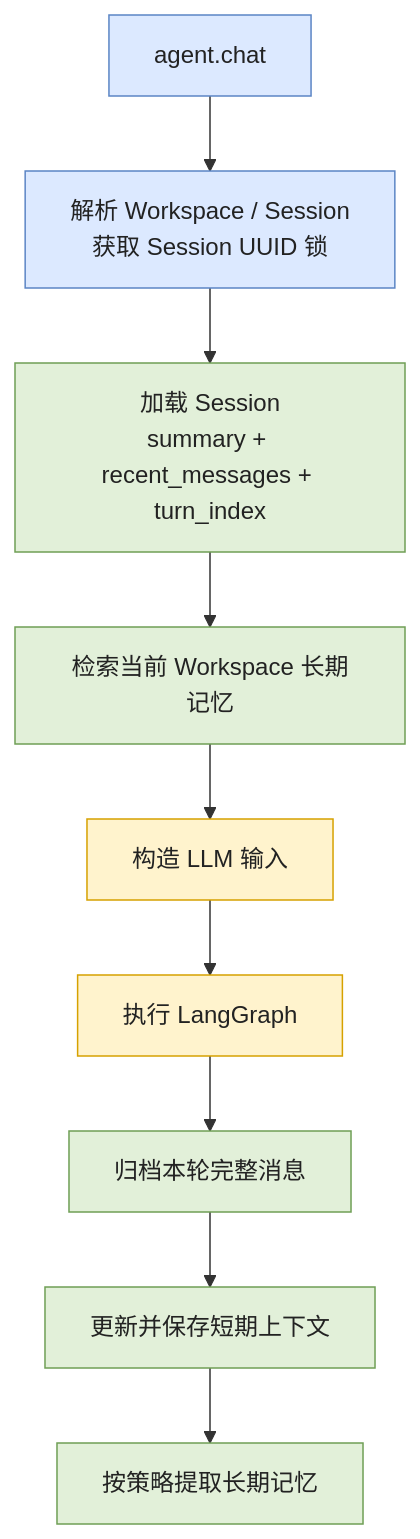
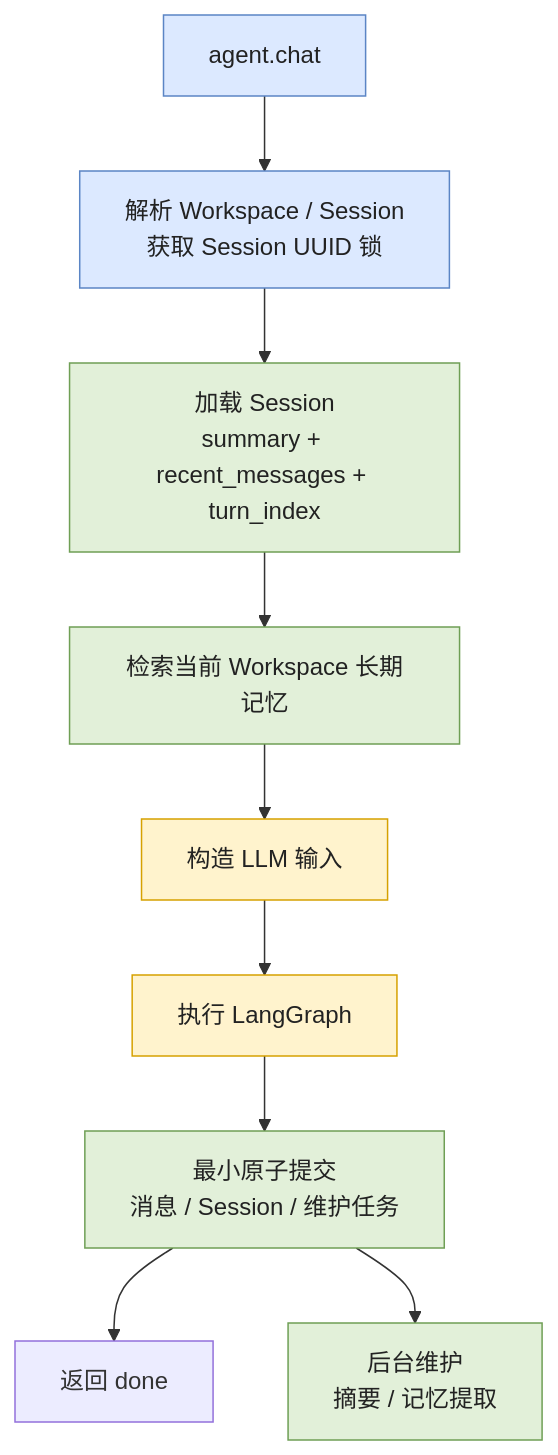
The second of 2 diagrams in docs/memory-management.md (Dzheng2250/learn_langchain), drawn with Mermaid before and after one commit. The commit also changed other lines of this file and 41 other files, not shown here.

````diff
--- a/docs/memory-management.md
+++ b/docs/memory-management.md
@@ -102,22 +102,23 @@
 ```mermaid
 flowchart TB
     Request["agent.chat"]
     Identity["解析 Workspace / Session<br/>获取 Session UUID 锁"]
     Load["加载 Session<br/>summary + recent_messages + turn_index"]
     Retrieve["检索当前 Workspace 长期记忆"]
     Compose["构造 LLM 输入"]
     Graph["执行 LangGraph"]
-    Archive["归档本轮完整消息"]
-    Context["更新并保存短期上下文"]
-    Extract["按策略提取长期记忆"]
+    Commit["最小原子提交<br/>消息 / Session / 维护任务"]
+    Done["返回 done"]
+    Maintain["后台维护<br/>摘要 / 记忆提取"]
 
     Request --> Identity --> Load --> Retrieve --> Compose --> Graph
-    Graph --> Archive --> Context --> Extract
+    Graph --> Commit --> Done
+    Commit --> Maintain
 
     classDef boundary fill:#dce9ff,stroke:#5b85c5,color:#222;
     classDef memory fill:#e2f0d9,stroke:#6f9f55,color:#222;
     classDef execute fill:#fff3cd,stroke:#d6a100,color:#222;
     class Request,Identity boundary;
-    class Load,Retrieve,Archive,Context,Extract memory;
+    class Load,Retrieve,Commit,Maintain memory;
     class Compose,Graph execute;
 ```
````
